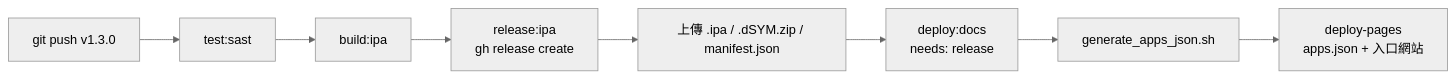
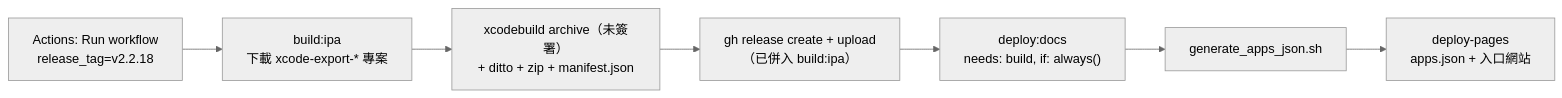
The diagram in docbase/cicd.md (Mcc-Mak/ios-app), drawn with Mermaid (neutral theme) before and after one commit. The commit also changed other lines of this file and 37 other files, not shown here.

````diff
--- a/docbase/cicd.md
+++ b/docbase/cicd.md
@@ -79,10 +63,9 @@
 ```mermaid
 flowchart LR
-  tag["git push v1.3.0"] --> test["test:sast"]
-  test --> build["build:ipa"]
-  build --> rel["release:ipa<br/>gh release create"]
-  rel --> upload["上傳 .ipa / .dSYM.zip / manifest.json"]
-  upload --> deploy["deploy:docs<br/>needs: release"]
+  disp["Actions: Run workflow<br/>release_tag=v2.2.18"] --> build["build:ipa<br/>下載 xcode-export-* 專案"]
+  build --> archive["xcodebuild archive（未簽署）<br/>+ ditto + zip + manifest.json"]
+  archive --> rel["gh release create + upload<br/>（已併入 build:ipa）"]
+  rel --> deploy["deploy:docs<br/>needs: build, if: always()"]
   deploy --> gen["generate_apps_json.sh"]
   gen --> pages["deploy-pages<br/>apps.json + 入口網站"]
 ```
````
